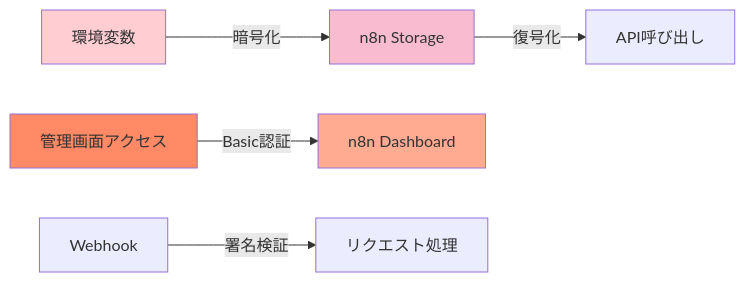
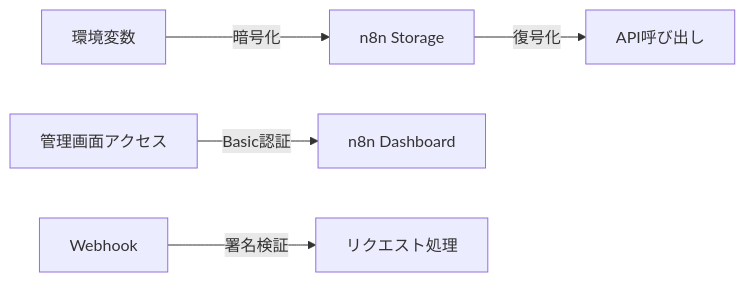
Before and after one commit to ramenumaiwhy/knowledge-chat2: the sixth of 8 diagrams in app-flow-diagram.md, drawn with Mermaid. The commit also changed other lines of this file and 34 other files, not shown here.

````diff
--- a/app-flow-diagram.md
+++ b/app-flow-diagram.md
@@ -108,14 +91,9 @@
 ```mermaid
 graph LR
     A[環境変数] -->|暗号化| B[n8n Storage]
     B -->|復号化| C[API呼び出し]
     
     D[管理画面アクセス] -->|Basic認証| E[n8n Dashboard]
     
     F[Webhook] -->|署名検証| G[リクエスト処理]
-    
-    style A fill:#ffcdd2
-    style B fill:#f8bbd0
-    style D fill:#ff8a65
-    style E fill:#ffab91
 ```
````
